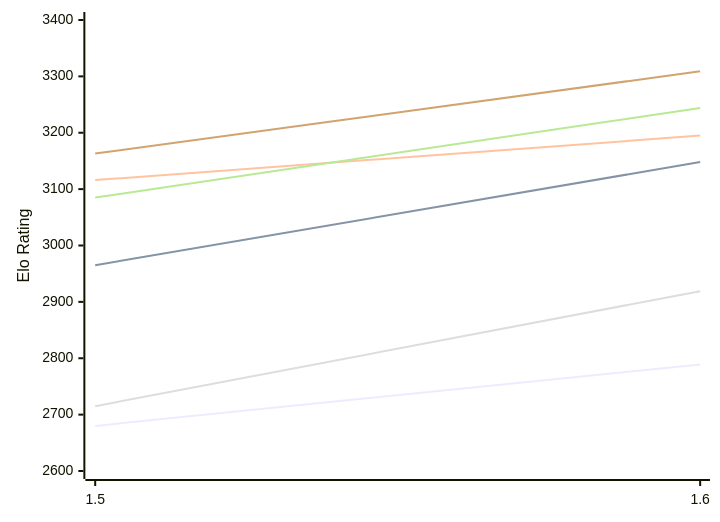
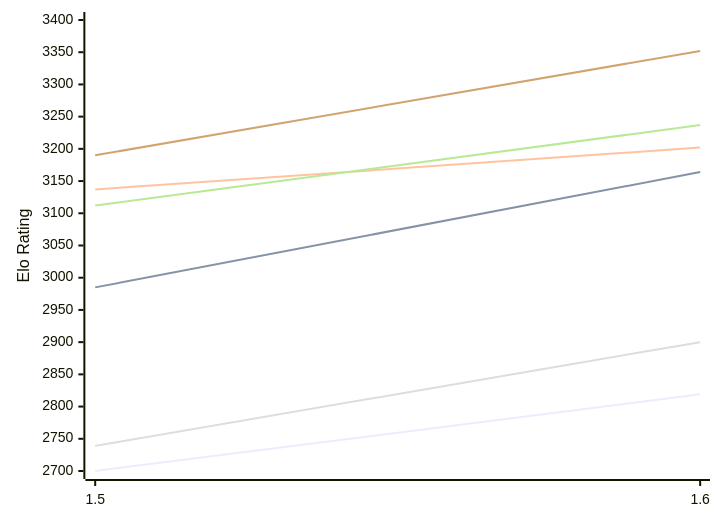
The first of 2 diagrams in engines/Yakka.md (computer-chess-index/cci), drawn with Mermaid before and after one commit. The commit also changed other lines of this file, not shown here.

Commit message:
Update CCI Ratings (ELO VLTC) - 2026-10-20

````diff
--- a/engines/Yakka.md
+++ b/engines/Yakka.md
@@ -51,12 +51,12 @@
 ```mermaid
 %%{init: {"theme":"base","themeVariables":{"seriesColors:['#a3a3a3','#222221','#faa371']}}}%%
 xychart-beta
   x-axis ["1.5", "1.6"]
-  y-axis "Elo Rating" 2600 --> 3400
-  line "E1: STC (8.0+0.08s)" [2680, 2789]
-  line "E1: LTC (60.0+0.60s)" [2965, 3148]
-  line "E1: VLTC (2m24s+1.12s)" [3116, 3195]
-  line "P1: STC (8.0+0.08s)" [2715, 2919]
-  line "P1: LTC (60.0+0.60s)" [3085, 3244]
-  line "P1: VLTC (2m24s+1.12s)" [3163, 3309]
+  y-axis "Elo Rating" 2700 --> 3400
+  line "E1: STC (8.0+0.08s)" [2700, 2819]
+  line "E1: LTC (60.0+0.60s)" [2985, 3164]
+  line "E1: VLTC (2m24s+1.12s)" [3137, 3202]
+  line "P1: STC (8.0+0.08s)" [2739, 2900]
+  line "P1: LTC (60.0+0.60s)" [3112, 3237]
+  line "P1: VLTC (2m24s+1.12s)" [3190, 3352]
 ```
````
